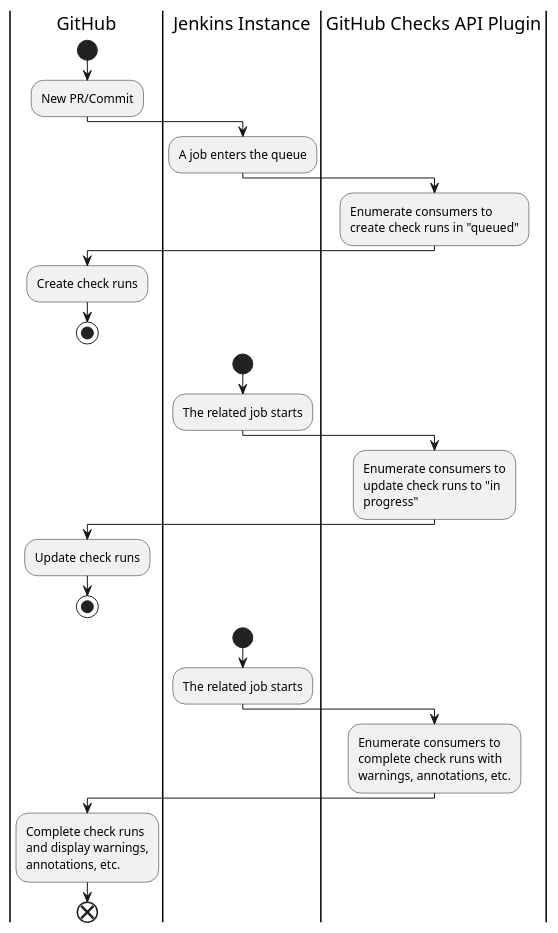
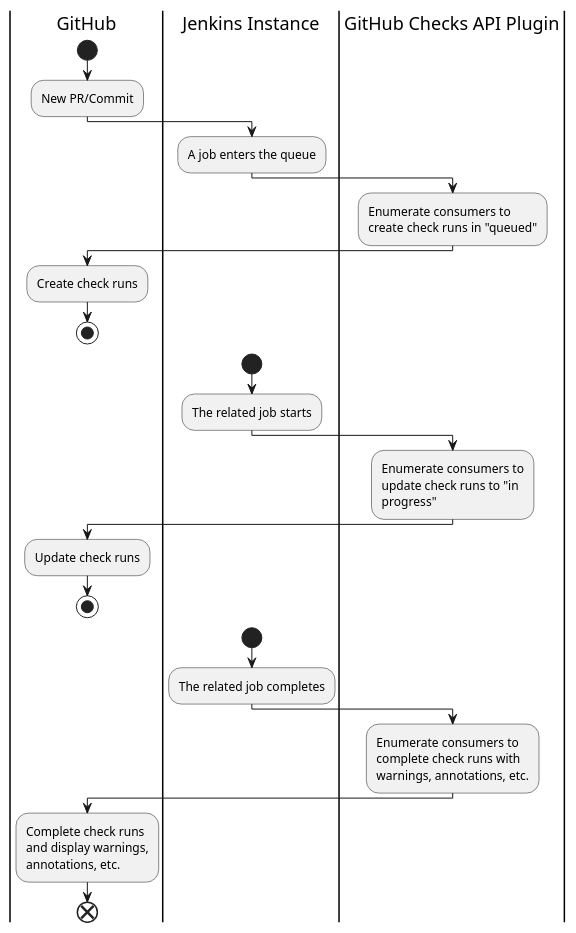
Before and after one commit to jenkinsci/github-checks-plugin: the diagram in doc/activity.puml, drawn with PlantUML. The commit also changed 2 other files, not shown here.

Commit message:
Correct diagrams

```diff
--- a/doc/activity.puml
+++ b/doc/activity.puml
@@ -1,37 +1,37 @@
 @startuml
 |GitHub|
 start
 :New PR/Commit;
 |Jenkins Instance|
 :A job enters the queue;
 |GitHub Checks API Plugin|
 :Enumerate consumers to 
 create check runs in "queued";
 |GitHub|
 :Create check runs;
 stop
 
 |Jenkins Instance|
 start
 :The related job starts;
 |GitHub Checks API Plugin|
 :Enumerate consumers to
 update check runs to "in 
 progress";
 |GitHub|
 :Update check runs;
 stop
 
 |Jenkins Instance|
 start
-:The related job starts;
+:The related job completes;
 |GitHub Checks API Plugin|
 :Enumerate consumers to 
 complete check runs with 
 warnings, annotations, etc.;
 |GitHub|
 :Complete check runs
 and display warnings,
 annotations, etc.;
 end
 @enduml
```
